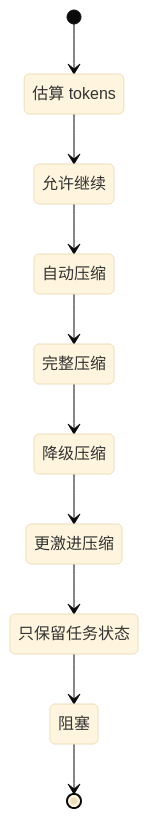
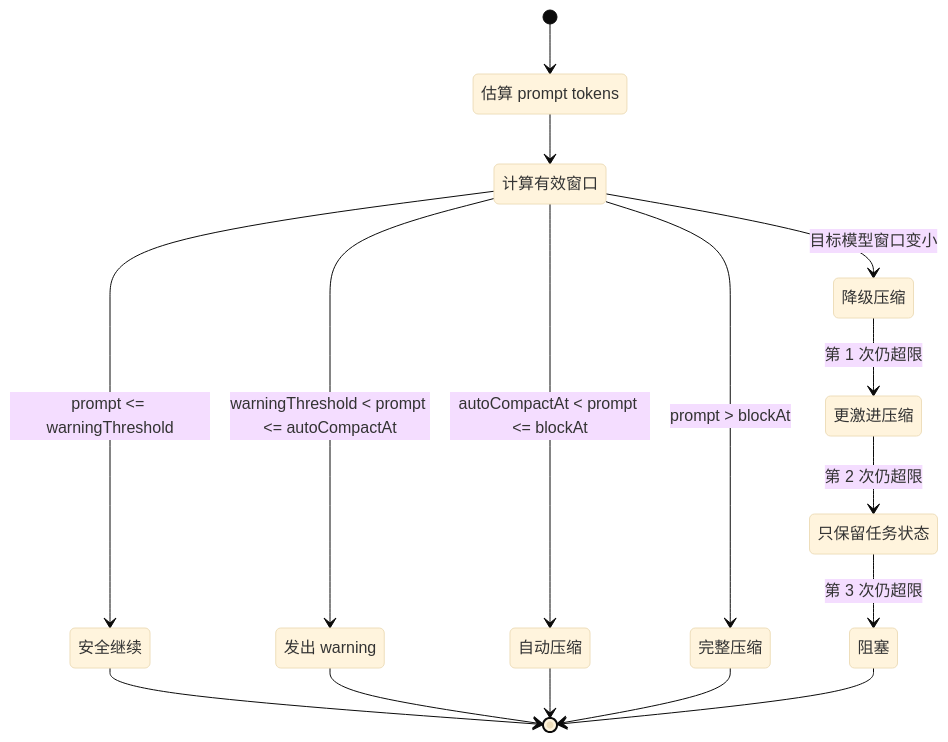
The diagram in docs/detailed-design/03-context-budget-and-compaction.md (520skyincloud/agent-framework), drawn with Mermaid (base theme) before and after one commit. The commit also changed other lines of this file and 50 other files, not shown here.

```diff
--- a/docs/detailed-design/03-context-budget-and-compaction.md
+++ b/docs/detailed-design/03-context-budget-and-compaction.md
@@ -30,20 +30,29 @@
 ~~~mermaid
 stateDiagram-v2
-  state "估算 tokens" as S0
-  state "允许继续" as S1
-  state "自动压缩" as S2
-  state "完整压缩" as S3
-  state "降级压缩" as S4
-  state "更激进压缩" as S5
-  state "只保留任务状态" as S6
-  state "阻塞" as S7
-  [*] --> S0
-  S0 --> S1
-  S1 --> S2
-  S2 --> S3
-  S3 --> S4
-  S4 --> S5
-  S5 --> S6
-  S6 --> S7
-  S7 --> [*]
+  state "估算 prompt tokens" as Estimate
+  state "计算有效窗口" as ComputeWindow
+  state "安全继续" as Continue
+  state "发出 warning" as Warn
+  state "自动压缩" as AutoCompact
+  state "完整压缩" as FullCompact
+  state "降级压缩" as DowngradeCompact
+  state "更激进压缩" as AggressiveCompact
+  state "只保留任务状态" as TaskStateOnly
+  state "阻塞" as Block
+
+  [*] --> Estimate
+  Estimate --> ComputeWindow
+  ComputeWindow --> Continue: prompt <= warningThreshold
+  ComputeWindow --> Warn: warningThreshold < prompt <= autoCompactAt
+  ComputeWindow --> AutoCompact: autoCompactAt < prompt <= blockAt
+  ComputeWindow --> FullCompact: prompt > blockAt
+  ComputeWindow --> DowngradeCompact: 目标模型窗口变小
+  DowngradeCompact --> AggressiveCompact: 第 1 次仍超限
+  AggressiveCompact --> TaskStateOnly: 第 2 次仍超限
+  TaskStateOnly --> Block: 第 3 次仍超限
+  Continue --> [*]
+  Warn --> [*]
+  AutoCompact --> [*]
+  FullCompact --> [*]
+  Block --> [*]
 ~~~
```
